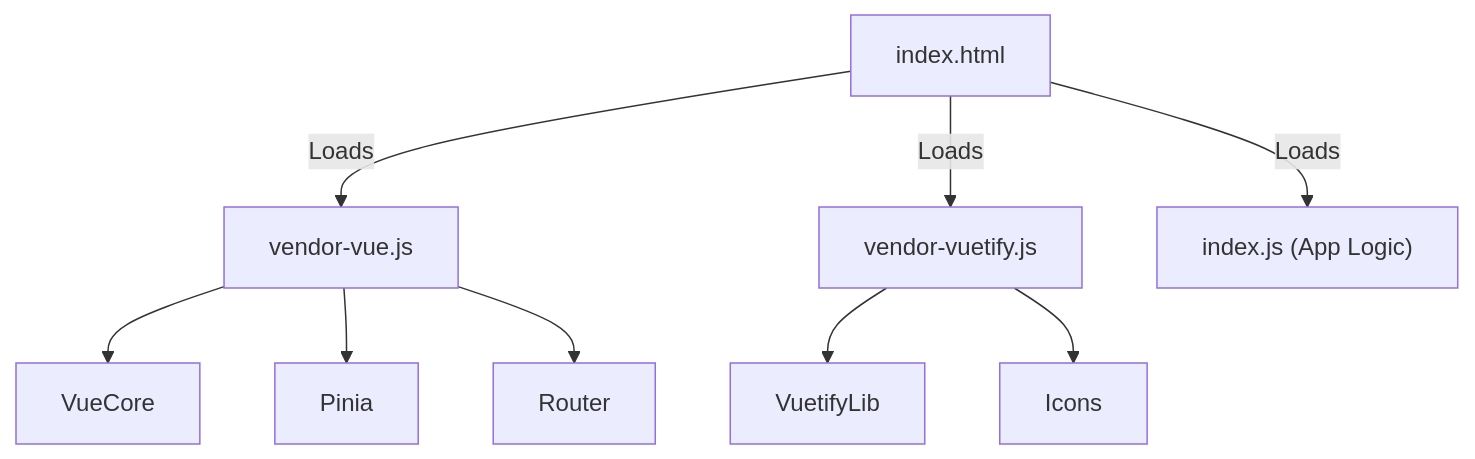
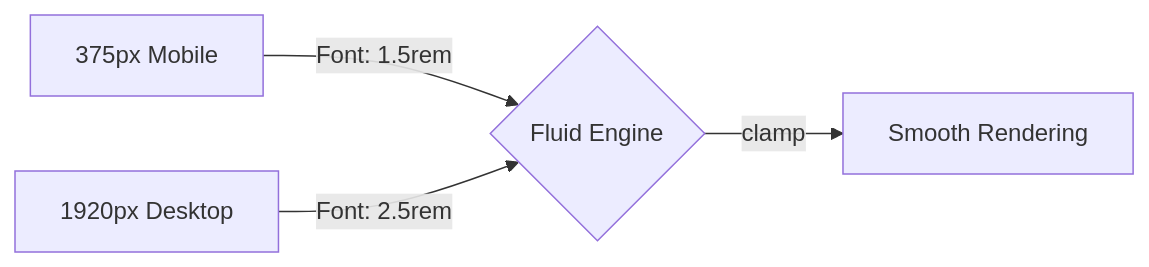
Before and after one commit to DessimA/forum-hub: the second of 2 diagrams in docs/en/05-frontend.md, drawn with Mermaid. The commit also changed other lines of this file and 18 other files, not shown here.

Commit message:
docs: exaustive documentation update with Mermaid diagrams and total PT-BR/EN parity

````diff
--- a/docs/en/05-frontend.md
+++ b/docs/en/05-frontend.md
@@ -49,13 +50,6 @@
 ```mermaid
-graph TD
-    Main[index.html] -->|Loads| VendorVue[vendor-vue.js]
-    Main -->|Loads| VendorVuetify[vendor-vuetify.js]
-    Main -->|Loads| AppCode["index.js (App Logic)"]
-    
-    VendorVue --> VueCore
-    VendorVue --> Pinia
-    VendorVue --> Router
-    
-    VendorVuetify --> VuetifyLib
-    VendorVuetify --> Icons
+graph LR
+    Small[375px Mobile] -->|Font: 1.5rem| Layout{Fluid Engine}
+    Desktop[1920px Desktop] -->|Font: 2.5rem| Layout
+    Layout -->|clamp| ResultingUI[Smooth Rendering]
 ```
````
